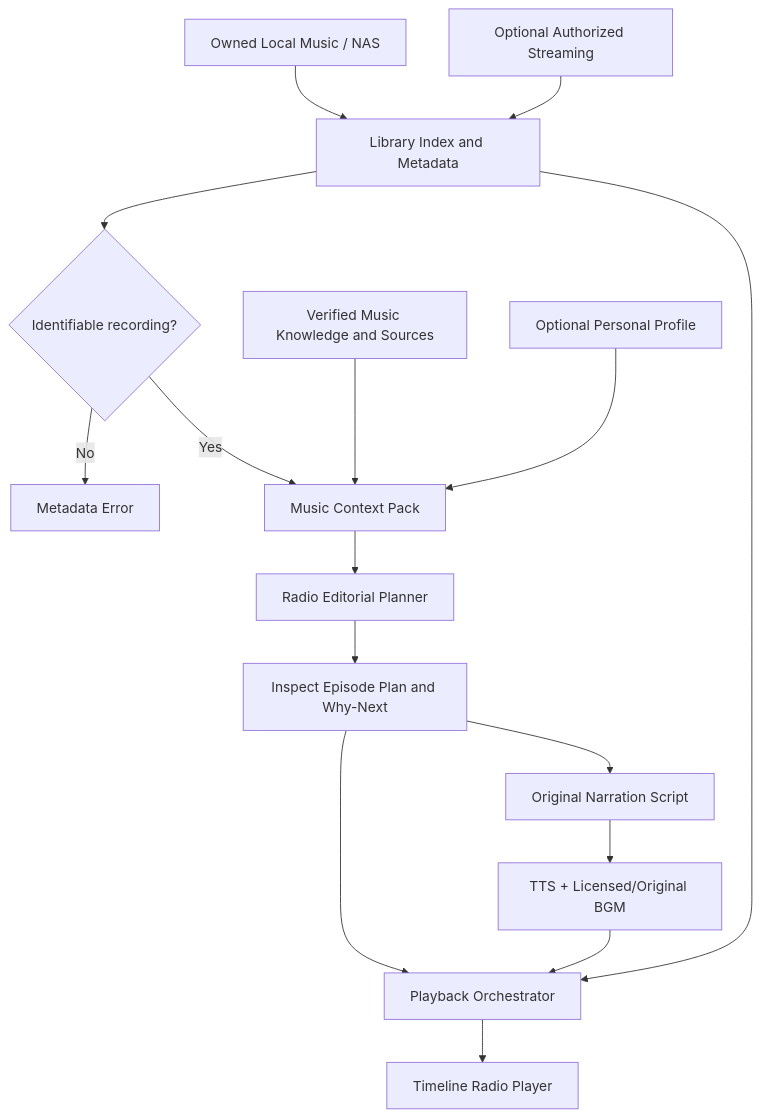
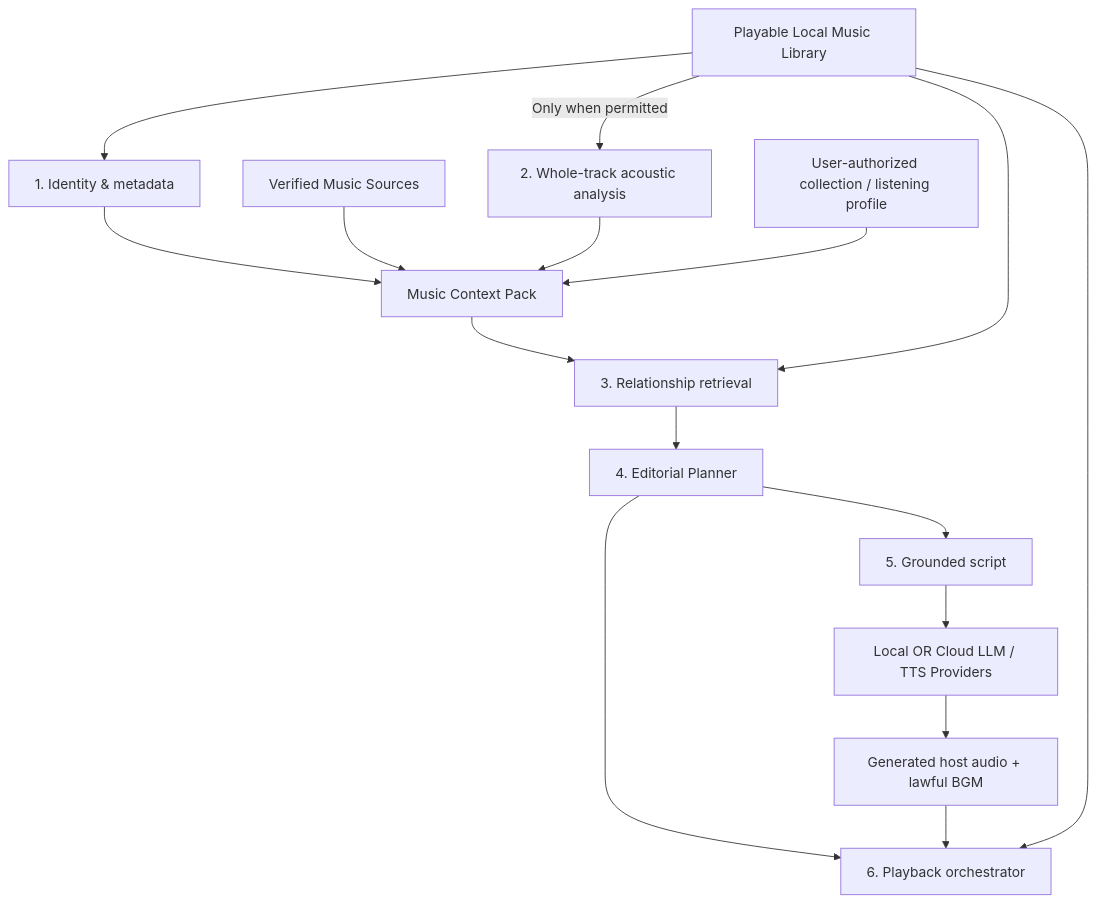
One commit to JohnnyBGoodeLithium/AI-Music-Radio changed the diagram in docs/04-conceptual-architecture.md. Above: the diagram before and after it, drawn with Mermaid. The commit also changed other lines of this file, not shown here.

Commit message:
docs: clarify MVP, music intelligence and server/model boundaries (docs/04-conceptual-architecture.md)

````diff
--- a/docs/04-conceptual-architecture.md
+++ b/docs/04-conceptual-architecture.md
@@ -7,18 +26,18 @@
 ```mermaid
 flowchart TD
-  A[Owned Local Music / NAS] --> B[Library Index and Metadata]
-  C[Optional Authorized Streaming] --> B
-  B --> D{Identifiable recording?}
-  D -->|No| X[Metadata Error]
-  D -->|Yes| E[Music Context Pack]
-  F[Verified Music Knowledge and Sources] --> E
-  G[Optional Personal Profile] --> E
-  E --> H[Radio Editorial Planner]
-  H --> I[Inspect Episode Plan and Why-Next]
-  I --> J[Original Narration Script]
-  J --> K[TTS + Licensed/Original BGM]
-  I --> L[Playback Orchestrator]
-  K --> L
-  B --> L
-  L --> M[Timeline Radio Player]
+  S[Playable Local Music Library] --> ID[1. Identity & metadata]
+  ID --> CTX[Music Context Pack]
+  K[Verified Music Sources] --> CTX
+  S -->|Only when permitted| AF[2. Whole-track acoustic analysis]
+  AF --> CTX
+  P[User-authorized collection / listening profile] --> CTX
+  CTX --> RET[3. Relationship retrieval]
+  S --> RET
+  RET --> PLAN[4. Editorial Planner]
+  PLAN --> SCRIPT[5. Grounded script]
+  SCRIPT --> PROVIDER[Local OR Cloud LLM / TTS Providers]
+  PROVIDER --> ASSET[Generated host audio + lawful BGM]
+  PLAN --> PLAY[6. Playback orchestrator]
+  ASSET --> PLAY
+  S --> PLAY
 ```
````
